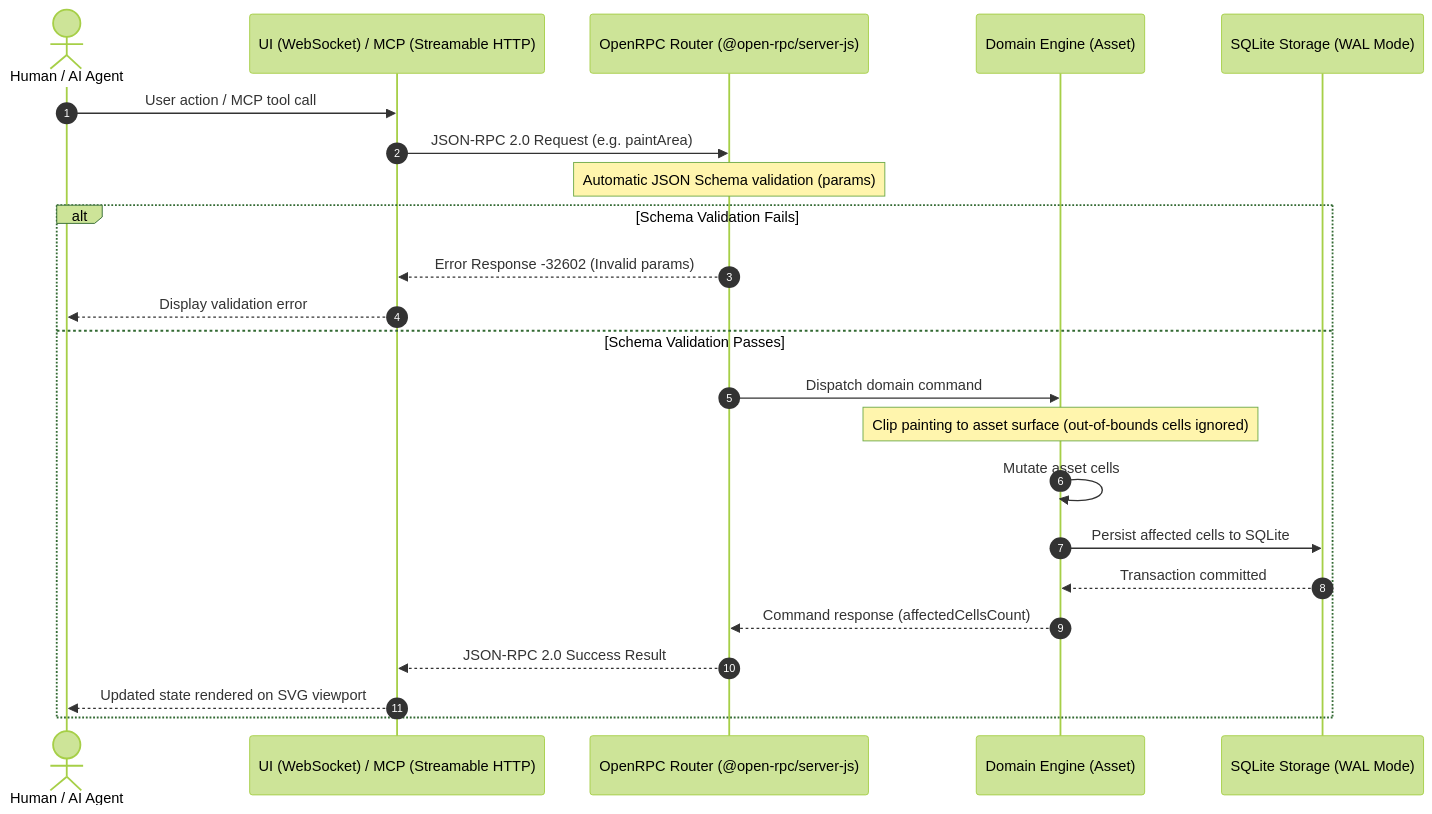
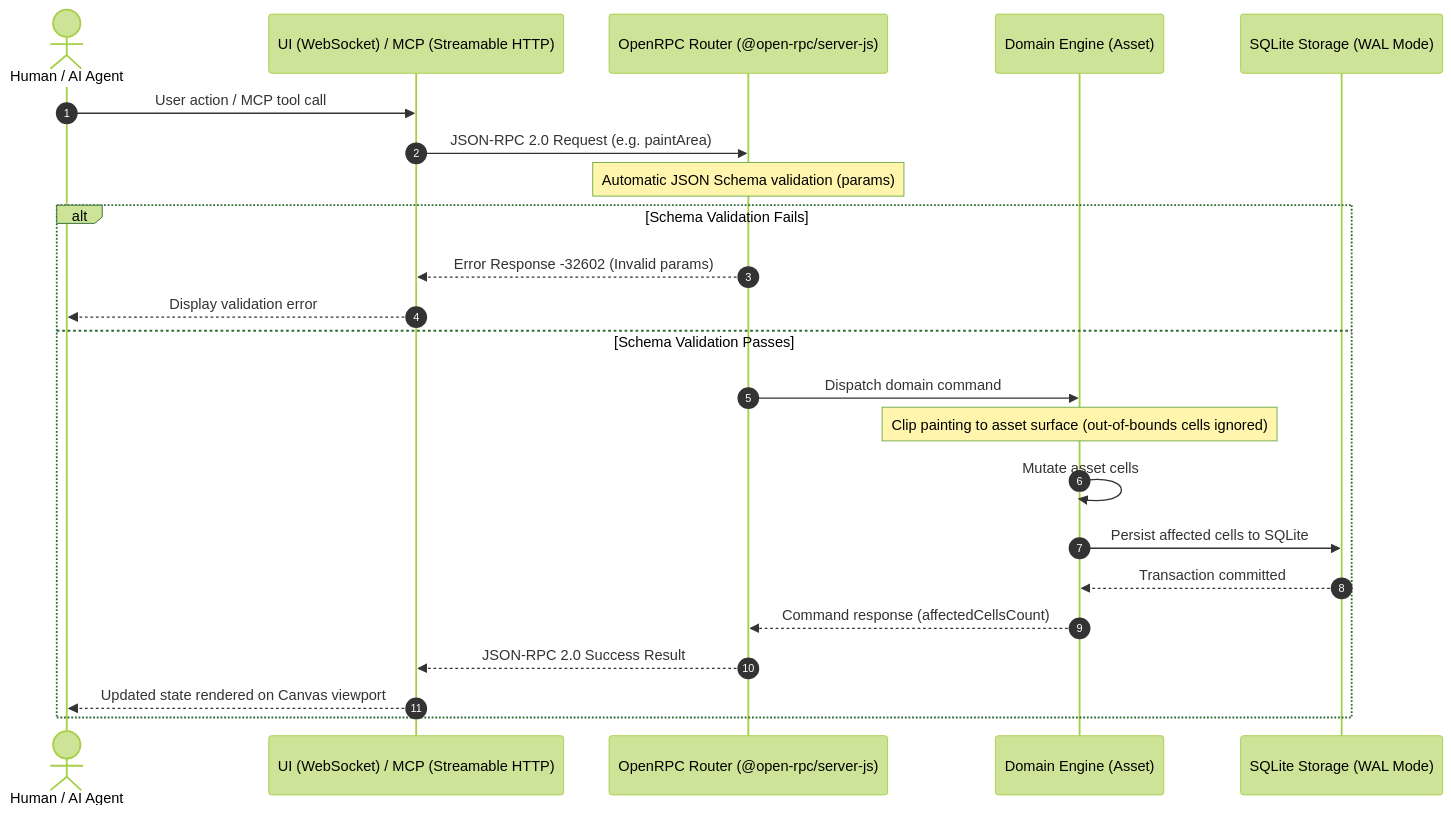
Before and after one commit to alexandremenif/brick-wargame-terrain-studio: the diagram in specs/architecture/data_flows.md, drawn with Mermaid (forest theme). The commit also changed 20 other files, not shown here.

Commit message:
docs(specs): transition viewport to HTML5 2D canvas and drop export feature

````diff
--- a/specs/architecture/data_flows.md
+++ b/specs/architecture/data_flows.md
@@ -9,26 +9,26 @@
 ```mermaid
 sequenceDiagram
   autonumber
   actor User as Human / AI Agent
   participant Adapter as UI (WebSocket) / MCP (Streamable HTTP)
   participant Router as OpenRPC Router (@open-rpc/server-js)
   participant Domain as Domain Engine (Asset)
   participant Store as SQLite Storage (WAL Mode)
 
   User->>Adapter: User action / MCP tool call
   Adapter->>Router: JSON-RPC 2.0 Request (e.g. paintArea)
   Note over Router: Automatic JSON Schema validation (params)
   alt Schema Validation Fails
     Router-->>Adapter: Error Response -32602 (Invalid params)
     Adapter-->>User: Display validation error
   else Schema Validation Passes
     Router->>Domain: Dispatch domain command
     Note over Domain: Clip painting to asset surface (out-of-bounds cells ignored)
     Domain->>Domain: Mutate asset cells
     Domain->>Store: Persist affected cells to SQLite
     Store-->>Domain: Transaction committed
     Domain-->>Router: Command response (affectedCellsCount)
     Router-->>Adapter: JSON-RPC 2.0 Success Result
-    Adapter-->>User: Updated state rendered on SVG viewport
+    Adapter-->>User: Updated state rendered on Canvas viewport
   end
 ```
````
